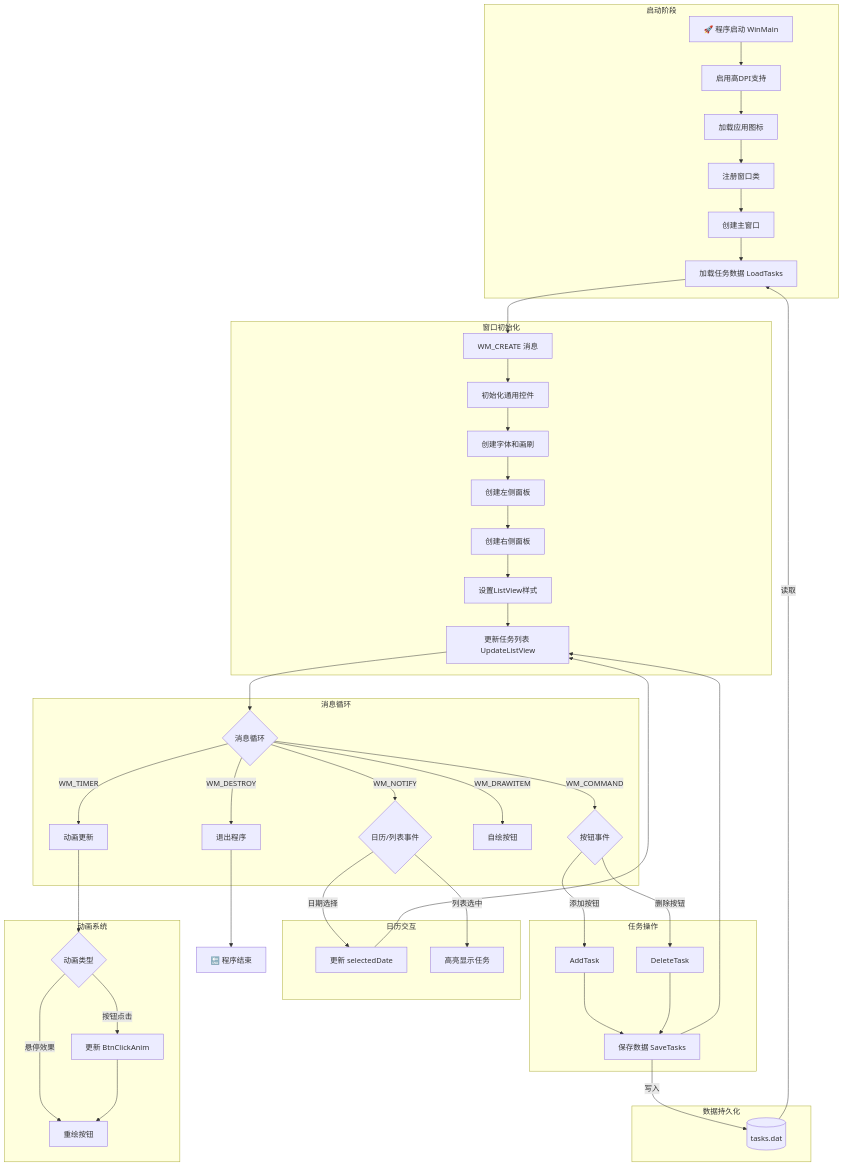
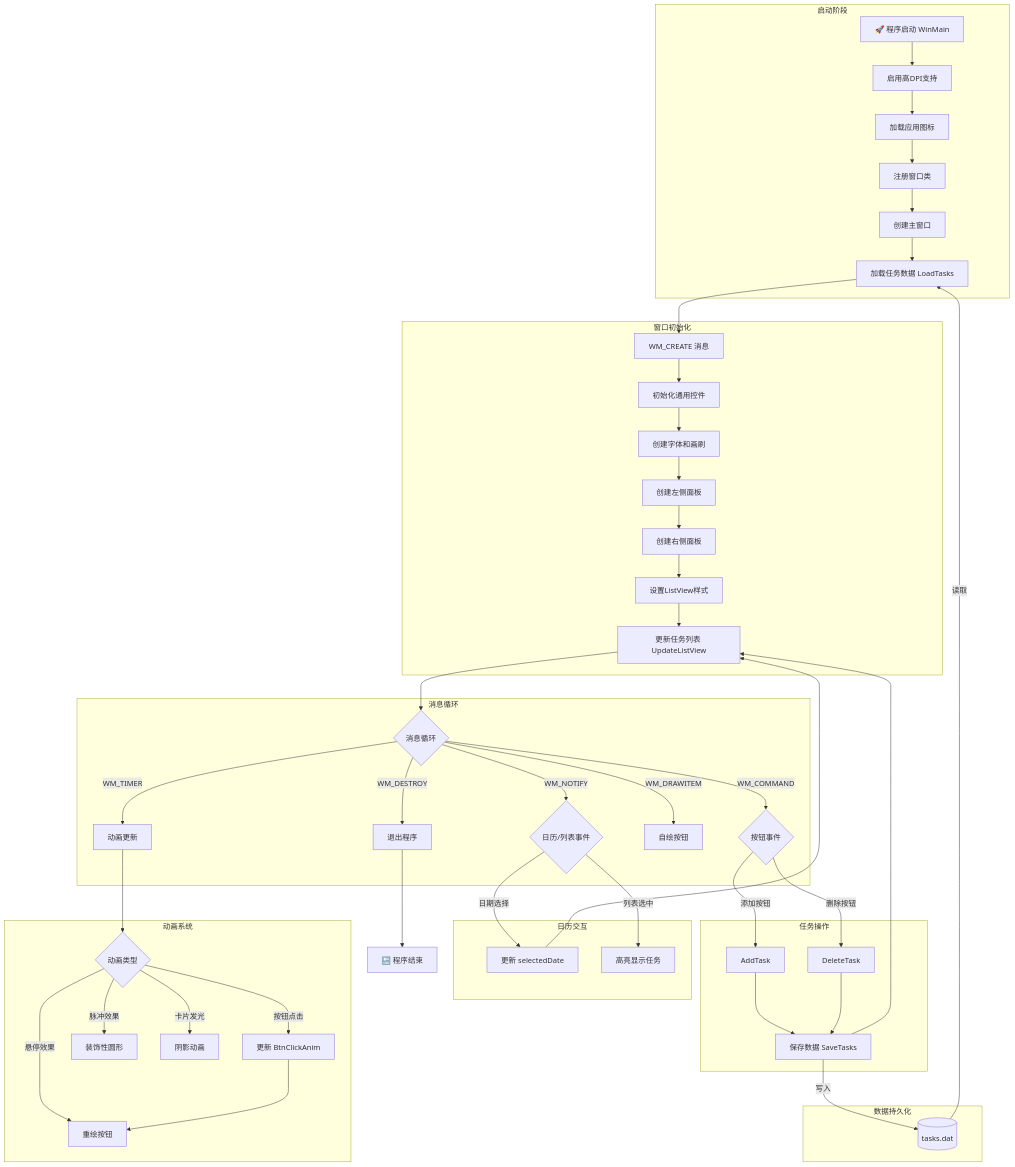
Before and after one commit to BassttElSevic/BassttProjectManage: the third of 4 diagrams in README.md, drawn with Mermaid. The commit also changed other lines of this file and 26 other files, not shown here.

````diff
--- a/README.md
+++ b/README.md
@@ -236,57 +245,59 @@
 ```mermaid
 flowchart TD
     subgraph 启动阶段
         A[🚀 程序启动 WinMain] --> B[启用高DPI支持]
         B --> C[加载应用图标]
         C --> D[注册窗口类]
         D --> E[创建主窗口]
         E --> F[加载任务数据 LoadTasks]
     end
 
     subgraph 窗口初始化
         F --> G[WM_CREATE 消息]
         G --> H[初始化通用控件]
         H --> I[创建字体和画刷]
         I --> J[创建左侧面板]
         J --> K[创建右侧面板]
         K --> L[设置ListView样式]
         L --> M[更新任务列表 UpdateListView]
     end
 
     subgraph 消息循环
         M --> N{消息循环}
         N -->|WM_COMMAND| O{按钮事件}
         N -->|WM_NOTIFY| P{日历/列表事件}
         N -->|WM_TIMER| Q[动画更新]
         N -->|WM_DRAWITEM| R[自绘按钮]
         N -->|WM_DESTROY| S[退出程序]
     end
 
     subgraph 任务操作
         O -->|添加按钮| T[AddTask]
         O -->|删除按钮| U[DeleteTask]
         T --> V[保存数据 SaveTasks]
         U --> V
         V --> M
     end
 
     subgraph 日历交互
         P -->|日期选择| W[更新 selectedDate]
         W --> M
         P -->|列表选中| X[高亮显示任务]
     end
 
     subgraph 动画系统
         Q --> Y{动画类型}
         Y -->|按钮点击| Z[更新 BtnClickAnim]
         Y -->|悬停效果| AA[重绘按钮]
+        Y -->|脉冲效果| AB[装饰性圆形]
+        Y -->|卡片发光| AC[阴影动画]
         Z --> AA
     end
 
     subgraph 数据持久化
-        AB[(tasks.dat)] -->|读取| F
-        V -->|写入| AB
+        AD[(tasks.dat)] -->|读取| F
+        V -->|写入| AD
     end
 
-    S --> AC[🔚 程序结束]
+    S --> AE[🔚 程序结束]
 ```
````
